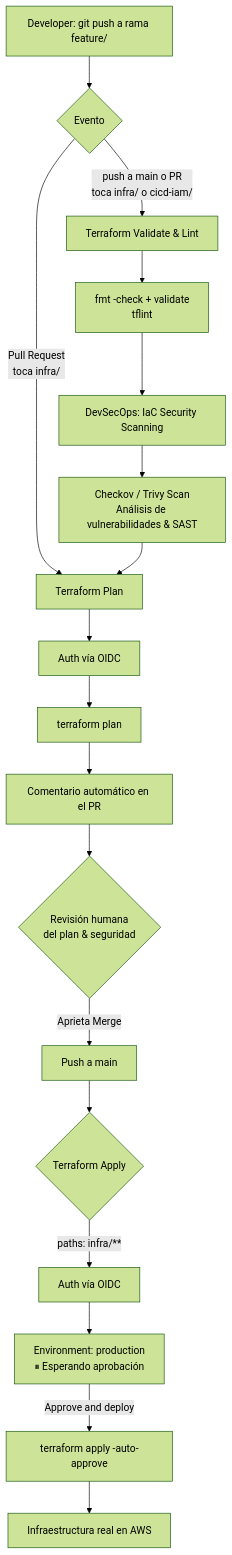
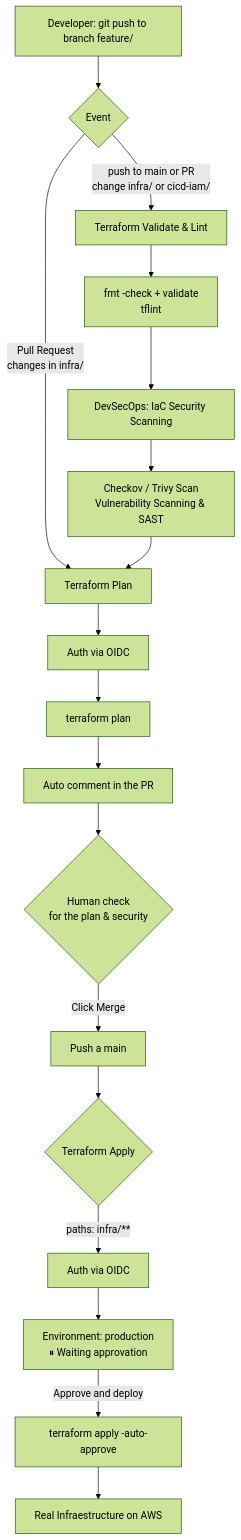
The diagram in README.md (mamoros-dev/aws-3-tier-terraform), drawn with Mermaid (forest theme) before and after one commit. The commit also changed other lines of this file and 21 other files, not shown here.

````diff
--- a/README.md
+++ b/README.md
@@ -33,22 +43,22 @@
 ```mermaid
 flowchart TD
-    A[Developer: git push a rama feature/] --> B{Evento}
-    B -->|push a main o PR<br/>toca infra/ o cicd-iam/| C[Terraform Validate & Lint]
+    A[Developer: git push to branch feature/] --> B{Event}
+    B -->|push to main or PR<br/>change infra/ or cicd-iam/| C[Terraform Validate & Lint]
     C --> C1[fmt -check + validate<br/>tflint]
     C1 --> S[DevSecOps: IaC Security Scanning]
-    S --> S1[Checkov / Trivy Scan<br/>Análisis de vulnerabilidades & SAST]
+    S --> S1[Checkov / Trivy Scan<br/>Vulnerability Scanning & SAST]
     
-    B -->|Pull Request<br/>toca infra/| D[Terraform Plan]
+    B -->|Pull Request<br/>changes in infra/| D[Terraform Plan]
     S1 --> D
-    D --> D1[Auth vía OIDC]
+    D --> D1[Auth via OIDC]
     D1 --> D2[terraform plan]
-    D2 --> D3[Comentario automático en el PR]
-    D3 --> E{Revisión humana<br/>del plan & seguridad}
+    D2 --> D3[Auto comment in the PR]
+    D3 --> E{Human check<br/>for the plan & security}
     
-    E -->|Aprieta Merge| F[Push a main]
+    E -->|Click Merge| F[Push a main]
     F --> G{Terraform Apply}
-    G -->|paths: infra/**| H[Auth vía OIDC]
-    H --> I[Environment: production<br/>⏸ Esperando aprobación]
+    G -->|paths: infra/**| H[Auth via OIDC]
+    H --> I[Environment: production<br/>⏸ Waiting approvation]
     I -->|Approve and deploy| J[terraform apply -auto-approve]
-    J --> K[Infraestructura real en AWS]
+    J --> K[Real Infraestructure on AWS]
 ```
````
